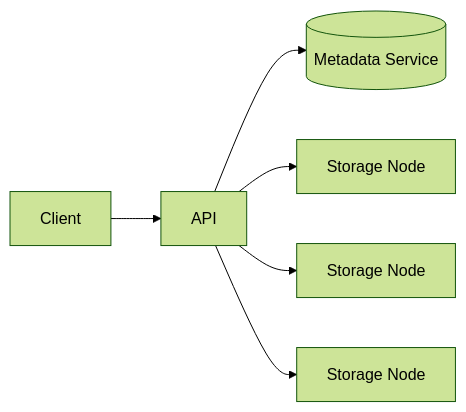
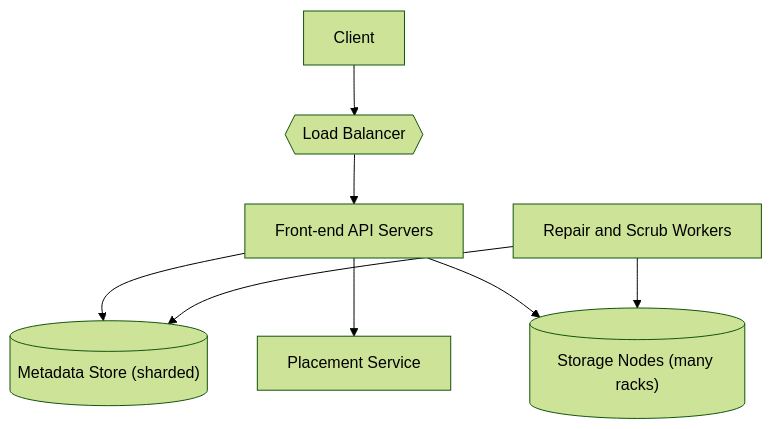
Before and after one commit to design-gurus/grokking-system-design: the first of 2 diagrams in questions/design-amazon-s3.md, drawn with Mermaid (forest theme). The commit also changed other lines of this file and 19 other files, not shown here.

````diff
--- a/questions/design-amazon-s3.md
+++ b/questions/design-amazon-s3.md
@@ -20,8 +81,10 @@
 ```mermaid
-flowchart LR
-    Client --> API[API]
-    API --> Meta[(Metadata Service)]
-    API --> N1[Storage Node]
-    API --> N2[Storage Node]
-    API --> N3[Storage Node]
+flowchart TD
+    Client[Client] --> LB{{Load Balancer}}
+    LB --> FE["Front-end API Servers"]
+    FE --> Meta[("Metadata Store (sharded)")]
+    FE --> Place[Placement Service]
+    FE --> Nodes[("Storage Nodes (many racks)")]
+    Repair[Repair and Scrub Workers] --> Nodes
+    Repair --> Meta
 ```
````
